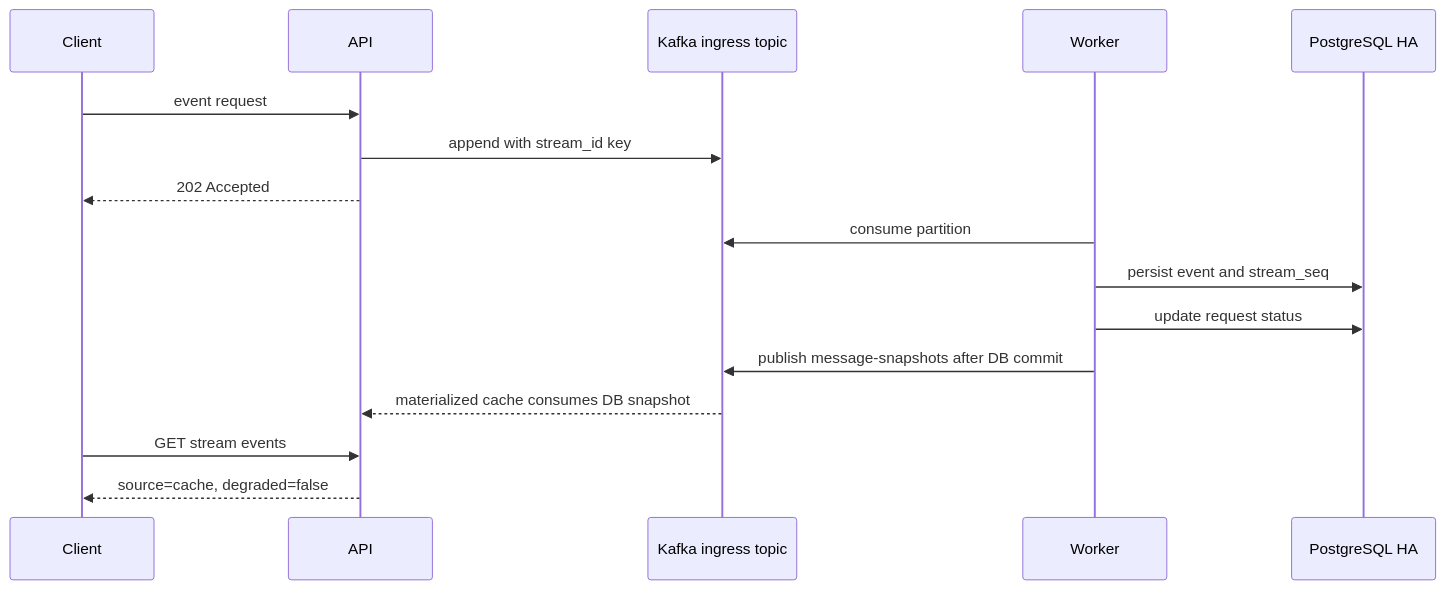
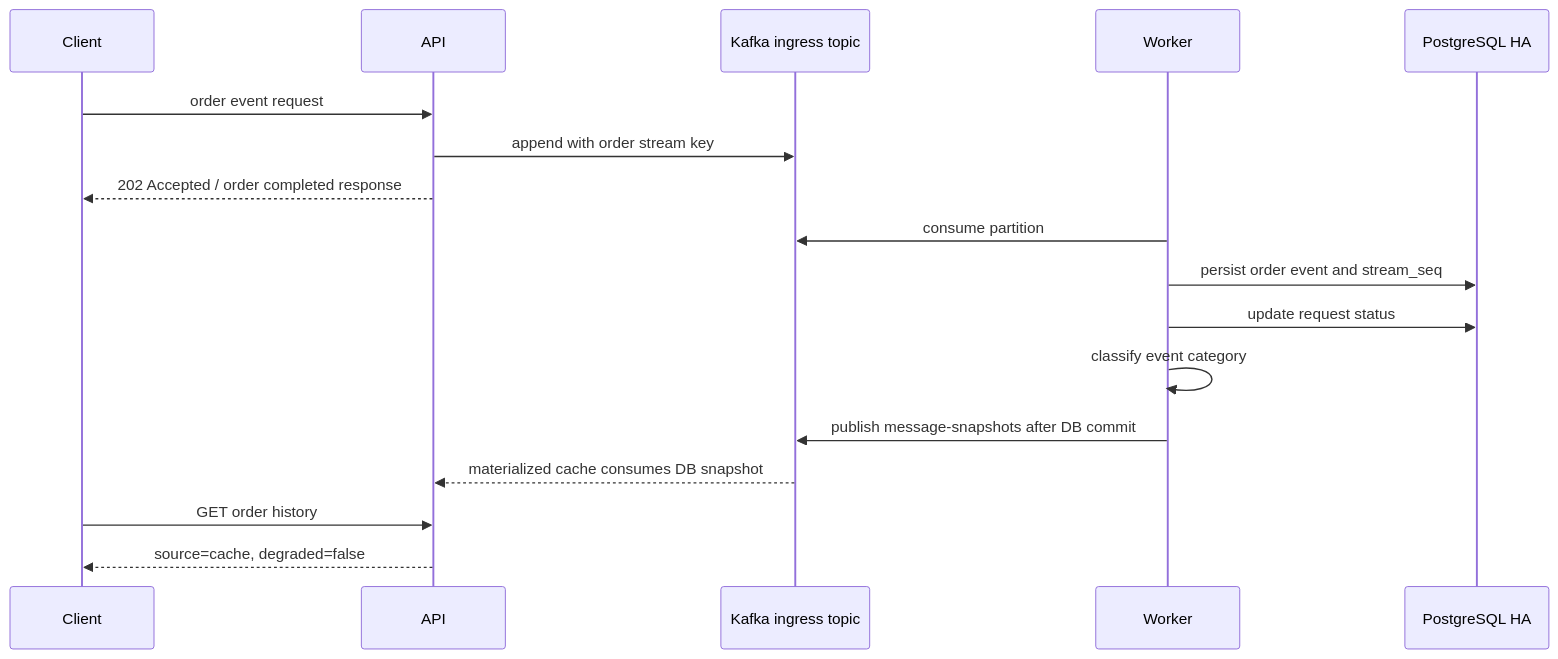
Before and after one commit to Jangwanko/Cloud_portfolio: the first of 3 diagrams in docs/ARCHITECTURE.md, drawn with Mermaid. The commit also changed other lines of this file and 13 other files, not shown here.

````diff
--- a/docs/ARCHITECTURE.md
+++ b/docs/ARCHITECTURE.md
@@ -76,19 +77,20 @@
 ```mermaid
 sequenceDiagram
     participant Client
     participant API
     participant Kafka as Kafka ingress topic
     participant Worker
     participant DB as PostgreSQL HA
 
-    Client->>API: event request
-    API->>Kafka: append with stream_id key
-    API-->>Client: 202 Accepted
+    Client->>API: order event request
+    API->>Kafka: append with order stream key
+    API-->>Client: 202 Accepted / order completed response
     Worker->>Kafka: consume partition
-    Worker->>DB: persist event and stream_seq
+    Worker->>DB: persist order event and stream_seq
     Worker->>DB: update request status
+    Worker->>Worker: classify event category
     Worker->>Kafka: publish message-snapshots after DB commit
     Kafka-->>API: materialized cache consumes DB snapshot
-    Client->>API: GET stream events
+    Client->>API: GET order history
     API-->>Client: source=cache, degraded=false
 ```
````
